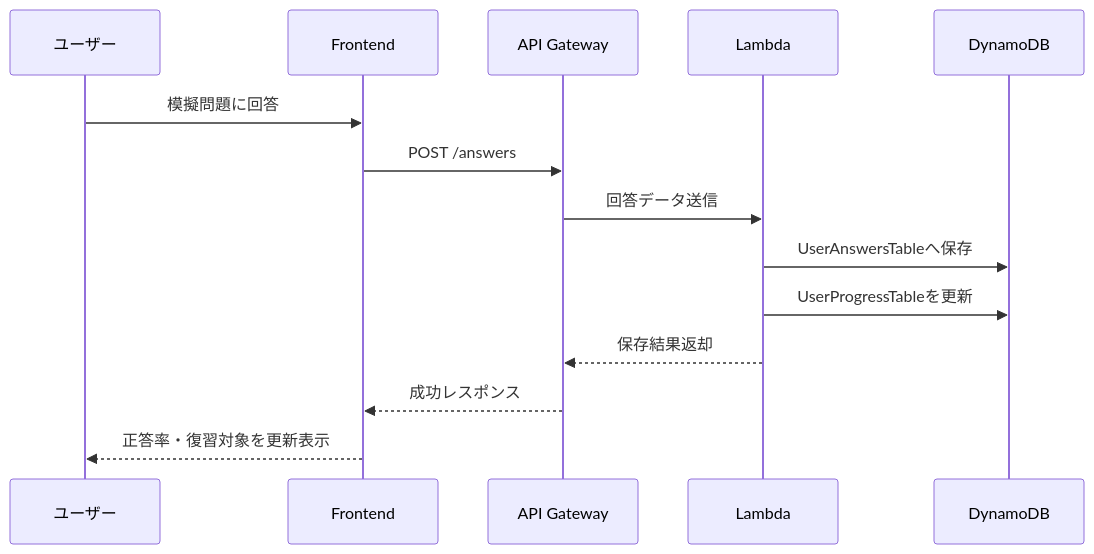
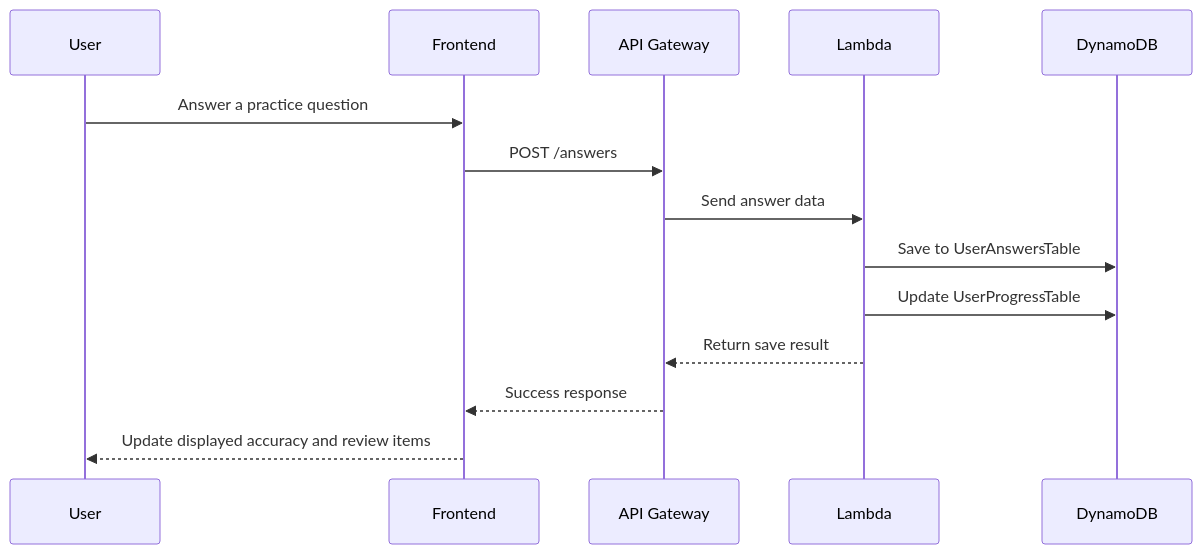
Before and after one commit to vincentmango-wen/aws-cert-roadmap-lab: the eighth of 11 diagrams in docs/designs/04_aws_architecture_design.md, drawn with Mermaid. The commit also changed other lines of this file and 117 other files, not shown here.

````diff
--- a/docs/designs/04_aws_architecture_design.md
+++ b/docs/designs/04_aws_architecture_design.md
@@ -437,17 +437,17 @@
 ```mermaid
 sequenceDiagram
-    participant U as ユーザー
+    participant U as User
     participant FE as Frontend
     participant API as API Gateway
     participant L as Lambda
     participant DB as DynamoDB
 
-    U->>FE: 模擬問題に回答
+    U->>FE: Answer a practice question
     FE->>API: POST /answers
-    API->>L: 回答データ送信
-    L->>DB: UserAnswersTableへ保存
-    L->>DB: UserProgressTableを更新
-    L-->>API: 保存結果返却
-    API-->>FE: 成功レスポンス
-    FE-->>U: 正答率・復習対象を更新表示
+    API->>L: Send answer data
+    L->>DB: Save to UserAnswersTable
+    L->>DB: Update UserProgressTable
+    L-->>API: Return save result
+    API-->>FE: Success response
+    FE-->>U: Update displayed accuracy and review items
 ```
````
